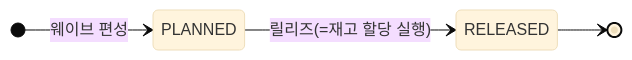
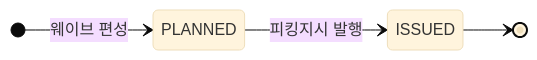
One commit to jhogunhee/logistics-back changed the second of 3 diagrams in docs/design.md. Above: the diagram before and after it, drawn with Mermaid (base theme). The commit also changed other lines of this file, not shown here.

````diff
--- a/docs/design.md
+++ b/docs/design.md
@@ -67,7 +71,7 @@
 ```mermaid
 stateDiagram-v2
     direction LR
     [*] --> PLANNED : 웨이브 편성
-    PLANNED --> RELEASED : 릴리즈(=재고 할당 실행)
-    RELEASED --> [*]
+    PLANNED --> ISSUED : 피킹지시 발행
+    ISSUED --> [*]
 ```
````
